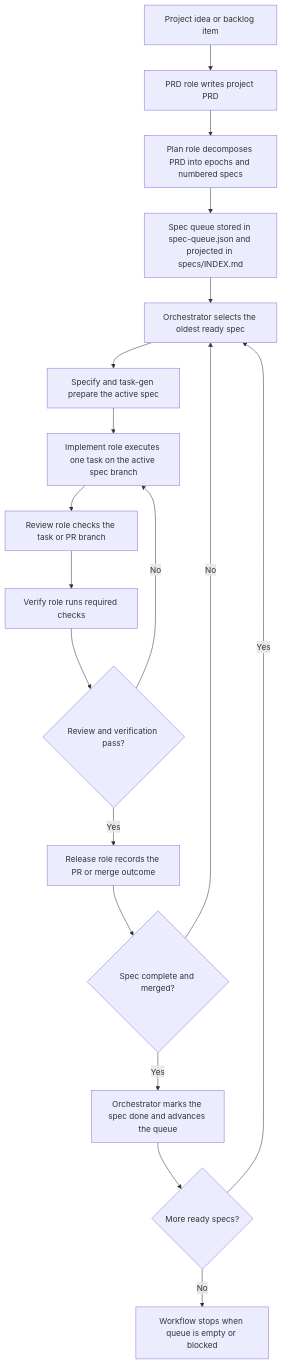
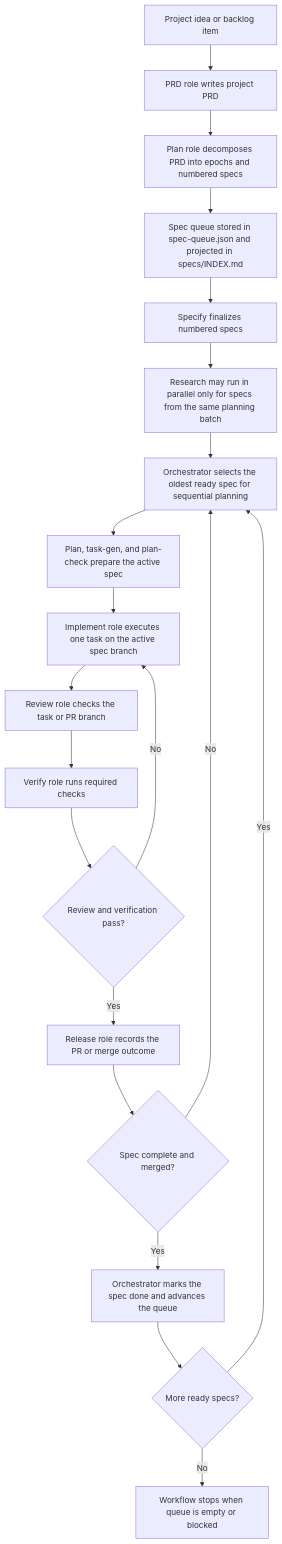
The diagram in README.md (tolulawson/ralph-harness), drawn with Mermaid before and after one commit. The commit also changed other lines of this file and 56 other files, not shown here.

Commit message:
feat: release v0.6.0 bounded parallel research

````diff
--- a/README.md
+++ b/README.md
@@ -40,20 +40,22 @@
 ```mermaid
 flowchart TD
     A["Project idea or backlog item"] --> B["PRD role writes project PRD"]
     B --> C["Plan role decomposes PRD into epochs and numbered specs"]
     C --> D["Spec queue stored in spec-queue.json and projected in specs/INDEX.md"]
-    D --> E["Orchestrator selects the oldest ready spec"]
-    E --> F["Specify and task-gen prepare the active spec"]
-    F --> G["Implement role executes one task on the active spec branch"]
-    G --> H["Review role checks the task or PR branch"]
-    H --> I["Verify role runs required checks"]
-    I --> J{"Review and verification pass?"}
-    J -- "No" --> G
-    J -- "Yes" --> K["Release role records the PR or merge outcome"]
-    K --> L{"Spec complete and merged?"}
-    L -- "No" --> E
-    L -- "Yes" --> M["Orchestrator marks the spec done and advances the queue"]
-    M --> N{"More ready specs?"}
-    N -- "Yes" --> E
-    N -- "No" --> O["Workflow stops when queue is empty or blocked"]
+    D --> E["Specify finalizes numbered specs"]
+    E --> F["Research may run in parallel only for specs from the same planning batch"]
+    F --> G["Orchestrator selects the oldest ready spec for sequential planning"]
+    G --> H["Plan, task-gen, and plan-check prepare the active spec"]
+    H --> I["Implement role executes one task on the active spec branch"]
+    I --> J["Review role checks the task or PR branch"]
+    J --> K["Verify role runs required checks"]
+    K --> L{"Review and verification pass?"}
+    L -- "No" --> I
+    L -- "Yes" --> M["Release role records the PR or merge outcome"]
+    M --> N{"Spec complete and merged?"}
+    N -- "No" --> G
+    N -- "Yes" --> O["Orchestrator marks the spec done and advances the queue"]
+    O --> P{"More ready specs?"}
+    P -- "Yes" --> G
+    P -- "No" --> Q["Workflow stops when queue is empty or blocked"]
 ```
````
